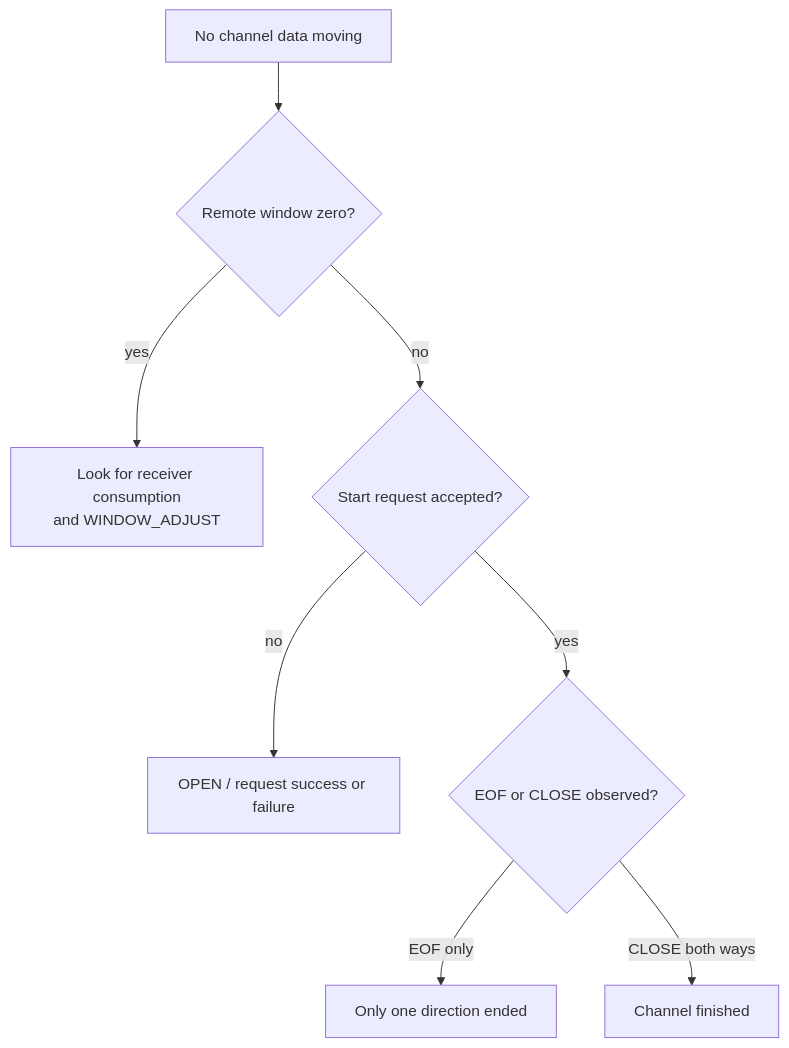
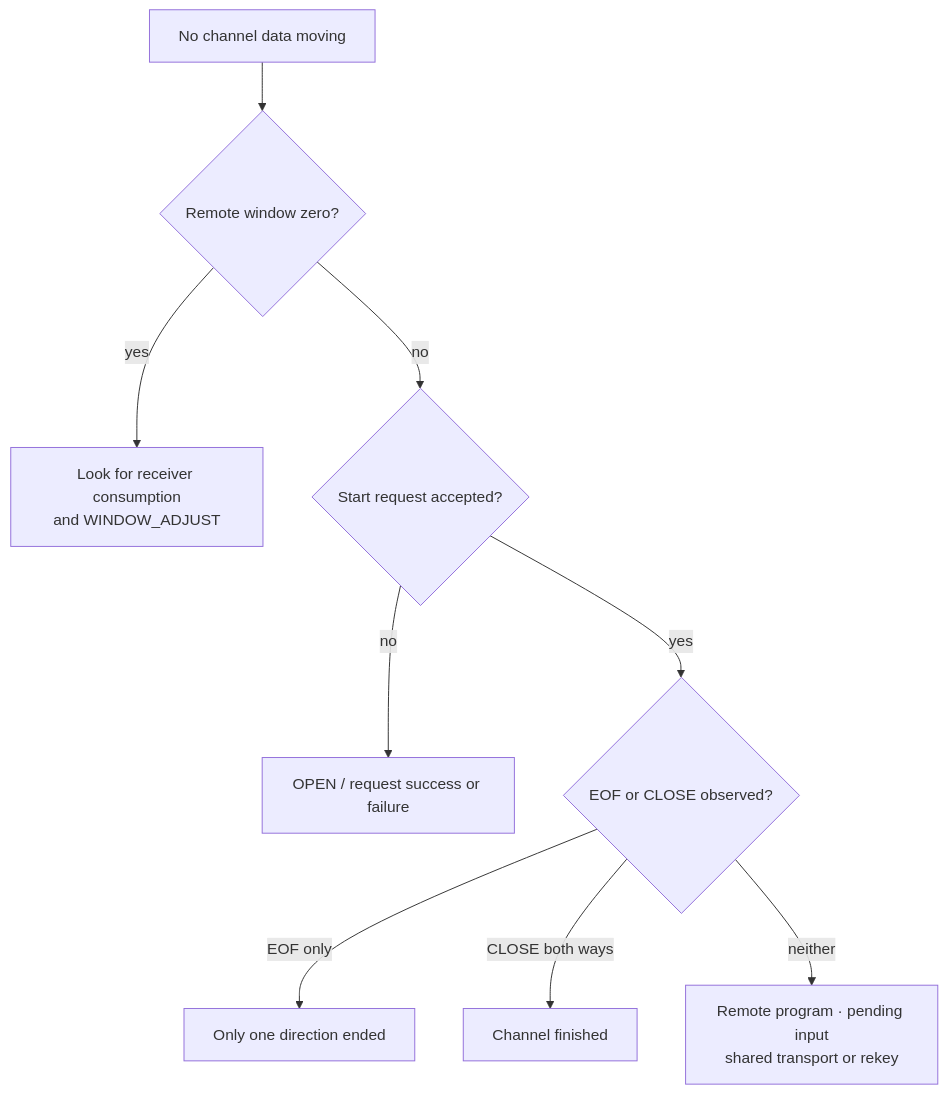
The fifth of 5 diagrams in src/testing-and-debugging.md (fornwall/ssh-protocol), drawn with Mermaid before and after one commit. The commit also changed other lines of this file and 16 other files, not shown here.

````diff
--- a/src/testing-and-debugging.md
+++ b/src/testing-and-debugging.md
@@ -134,10 +147,11 @@
 ```mermaid
 flowchart TD
     Stall["No channel data moving"] --> W{"Remote window zero?"}
     W -- yes --> Adj["Look for receiver consumption<br/>and WINDOW_ADJUST"]
     W -- no --> Req{"Start request accepted?"}
     Req -- no --> Setup["OPEN / request success or failure"]
     Req -- yes --> Close{"EOF or CLOSE observed?"}
     Close -- EOF only --> Half["Only one direction ended"]
     Close -- CLOSE both ways --> Done["Channel finished"]
+    Close -- neither --> App["Remote program · pending input<br/>shared transport or rekey"]
 ```
````
